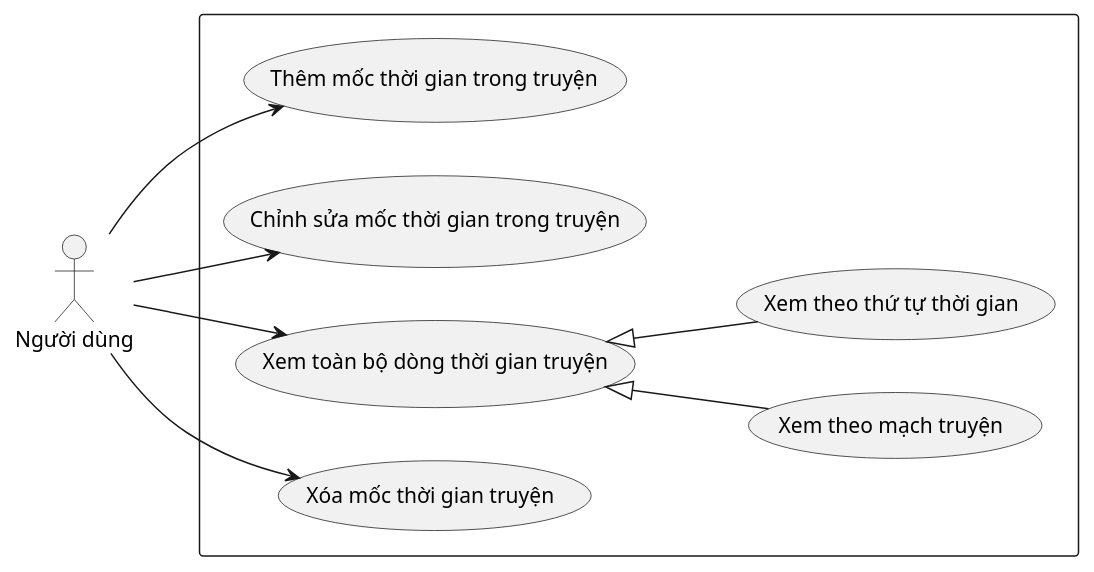
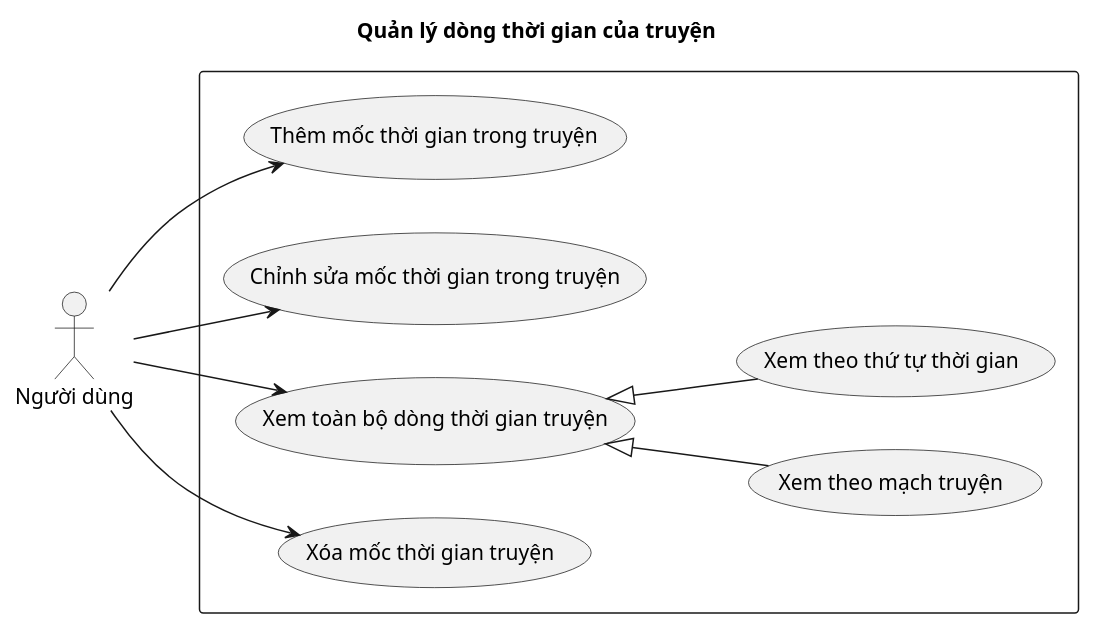
Before and after one commit to 202416852-anhpv/story2video-docs: the diagram in docs/use-case-diagrams/uc_01_05.puml, drawn with PlantUML. The commit also changed 6 other files, not shown here.

Commit message:
docs: add titles to use case diagrams

```diff
--- a/docs/use-case-diagrams/uc_01_05.puml
+++ b/docs/use-case-diagrams/uc_01_05.puml
@@ -1,23 +1,24 @@
-@startuml uc_01_05
+@startuml
+title Quản lý dòng thời gian của truyện
 left to right direction
 
 actor "Người dùng" as User
 
 rectangle {
     usecase "Thêm mốc thời gian trong truyện" as UC_01
     usecase "Chỉnh sửa mốc thời gian trong truyện" as UC_02
     usecase "Xem toàn bộ dòng thời gian truyện" as UC_03
     usecase "Xem theo mạch truyện" as UC_03_1
     usecase "Xem theo thứ tự thời gian" as UC_03_2
     usecase "Xóa mốc thời gian truyện" as UC_04
 }
 
 User --> UC_01
 User --> UC_02
 User --> UC_03
 User --> UC_04
 
 UC_03 <|-- UC_03_1
 UC_03 <|-- UC_03_2
 
 @enduml
```
